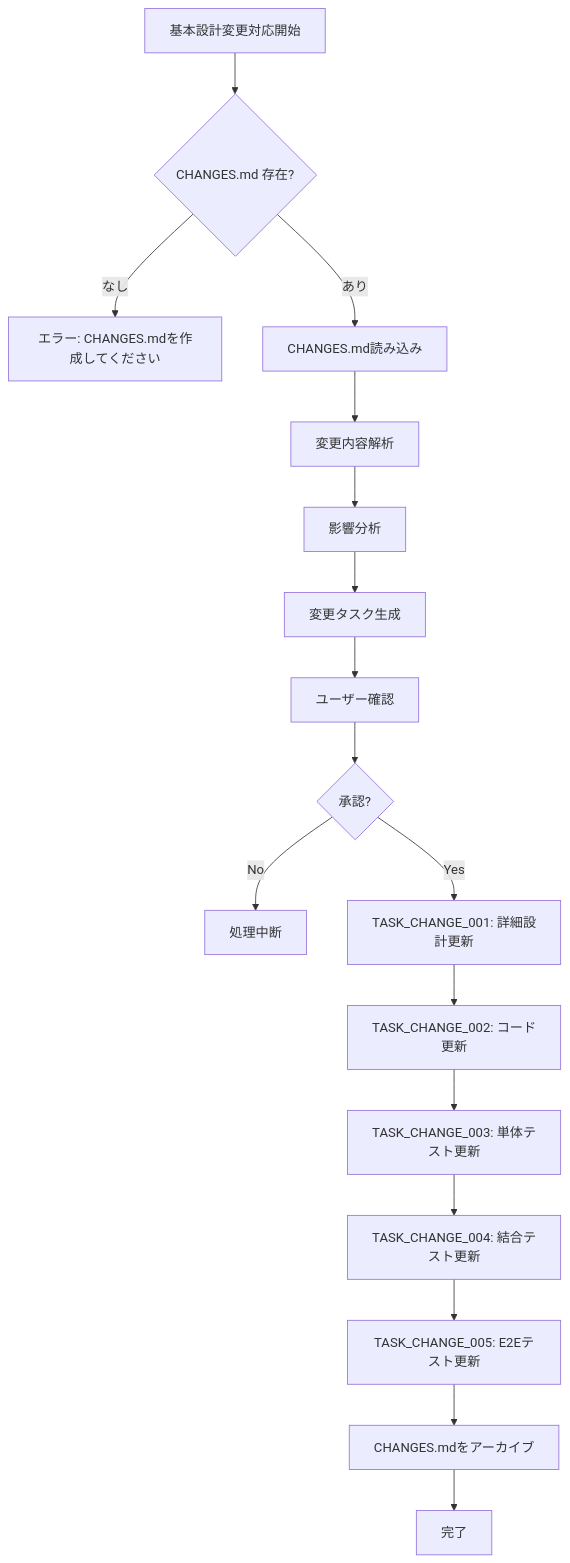
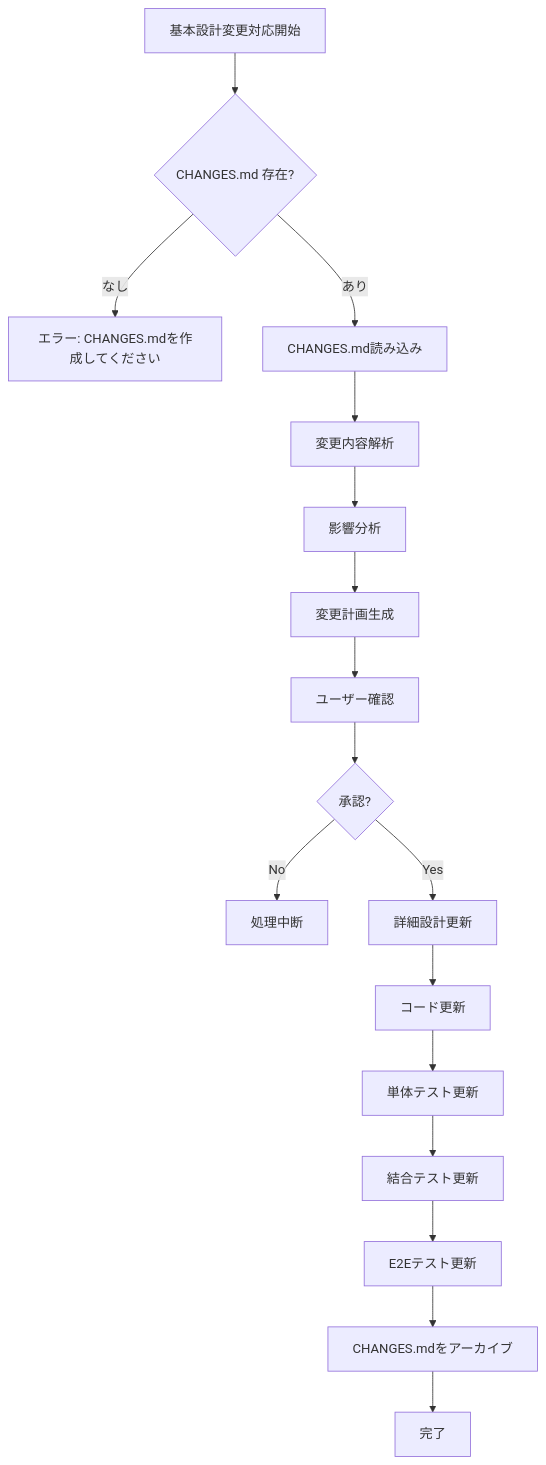
One commit to KenyaSaitoh/ai_driven_dev_202601 changed the diagram in agent_skills/struts-to-jsf-migration/instructions/basic_design_change.md. Above: the diagram before and after it, drawn with Mermaid. The commit also changed other lines of this file and 4 other files, not shown here.

````diff
--- a/agent_skills/struts-to-jsf-migration/instructions/basic_design_change.md
+++ b/agent_skills/struts-to-jsf-migration/instructions/basic_design_change.md
@@ -672,19 +662,19 @@
 ```mermaid
 graph TD
     A[基本設計変更対応開始] --> B{CHANGES.md 存在?}
     B -->|なし| C[エラー: CHANGES.mdを作成してください]
     B -->|あり| D[CHANGES.md読み込み]
     D --> E[変更内容解析]
     E --> F[影響分析]
-    F --> G[変更タスク生成]
+    F --> G[変更計画生成]
     G --> H[ユーザー確認]
     H --> I{承認?}
     I -->|No| J[処理中断]
-    I -->|Yes| K[TASK_CHANGE_001: 詳細設計更新]
-    K --> L[TASK_CHANGE_002: コード更新]
-    L --> M[TASK_CHANGE_003: 単体テスト更新]
-    M --> N[TASK_CHANGE_004: 結合テスト更新]
-    N --> O[TASK_CHANGE_005: E2Eテスト更新]
+    I -->|Yes| K[詳細設計更新]
+    K --> L[コード更新]
+    L --> M[単体テスト更新]
+    M --> N[結合テスト更新]
+    N --> O[E2Eテスト更新]
     O --> P[CHANGES.mdをアーカイブ]
     P --> Q[完了]
 ```
````
